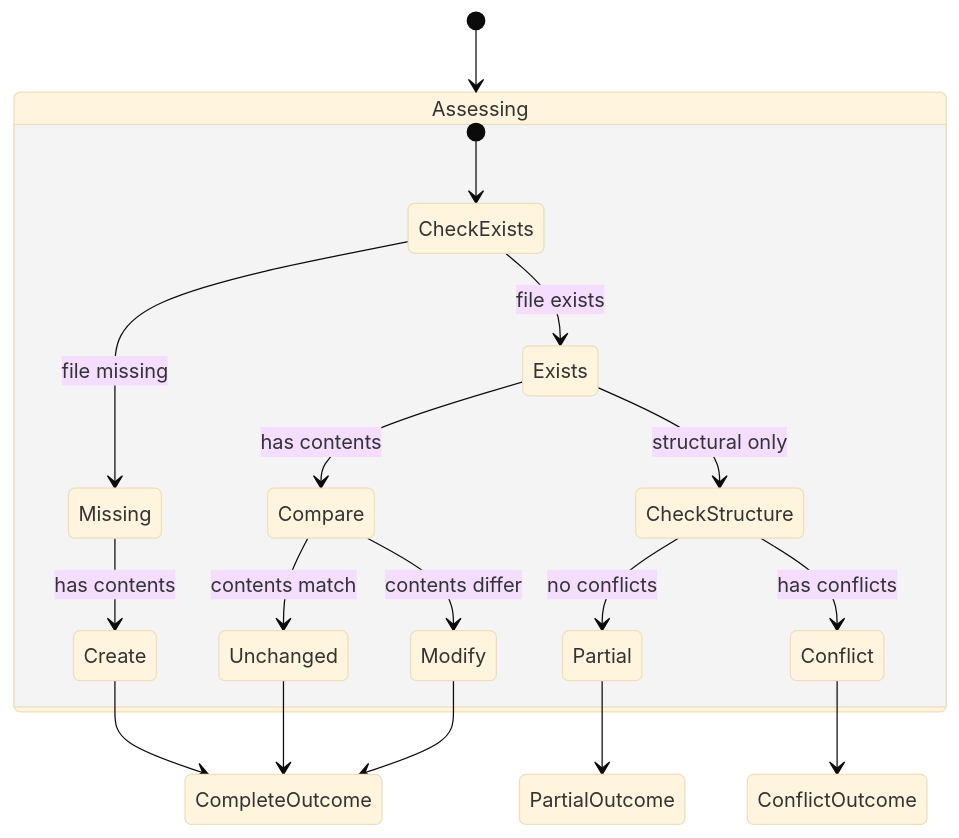
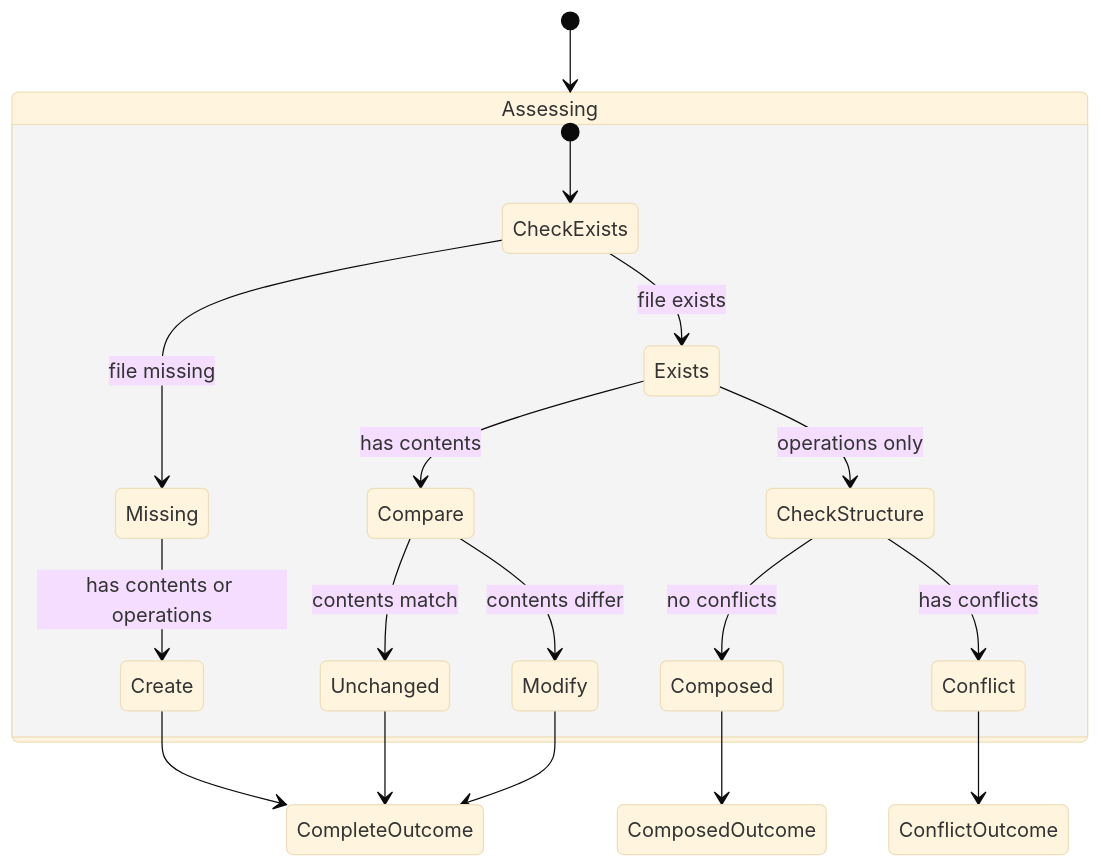
The fourth of 4 diagrams in docs/architecture/scaffold-architecture.md (lloydrichards/stack-effect), drawn with Mermaid (base theme) before and after one commit. The commit also changed other lines of this file and 3 other files, not shown here.

Commit message:
docs: update architecture and domain lexicon for CompositionOperations

````diff
--- a/docs/architecture/scaffold-architecture.md
+++ b/docs/architecture/scaffold-architecture.md
@@ -211,26 +218,26 @@
 ```mermaid
 stateDiagram-v2
     [*] --> Assessing
 
     state Assessing {
         [*] --> CheckExists
         CheckExists --> Missing: file missing
         CheckExists --> Exists: file exists
 
-        Missing --> Create: has contents
+        Missing --> Create: has contents or operations
         Exists --> Compare: has contents
 
         Compare --> Unchanged: contents match
         Compare --> Modify: contents differ
 
-        Exists --> CheckStructure: structural only
-        CheckStructure --> Partial: no conflicts
+        Exists --> CheckStructure: operations only
+        CheckStructure --> Composed: no conflicts
         CheckStructure --> Conflict: has conflicts
     }
 
     Create --> CompleteOutcome
     Unchanged --> CompleteOutcome
     Modify --> CompleteOutcome
-    Partial --> PartialOutcome
+    Composed --> ComposedOutcome
     Conflict --> ConflictOutcome
 ```
````
